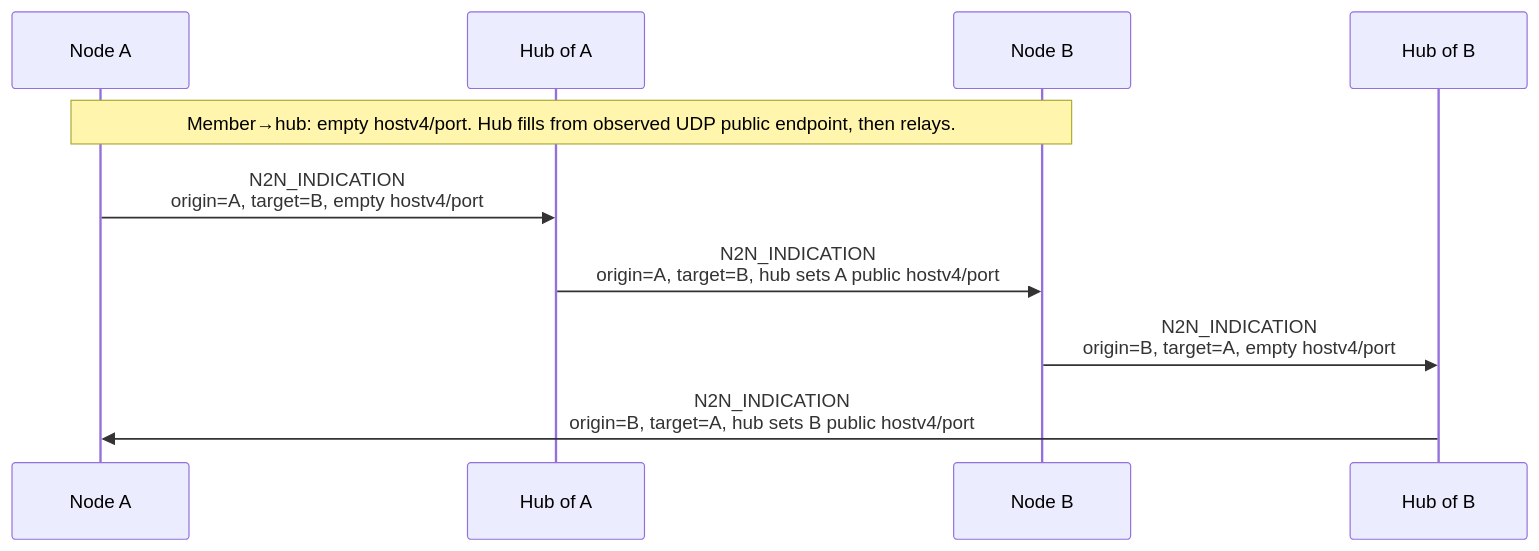
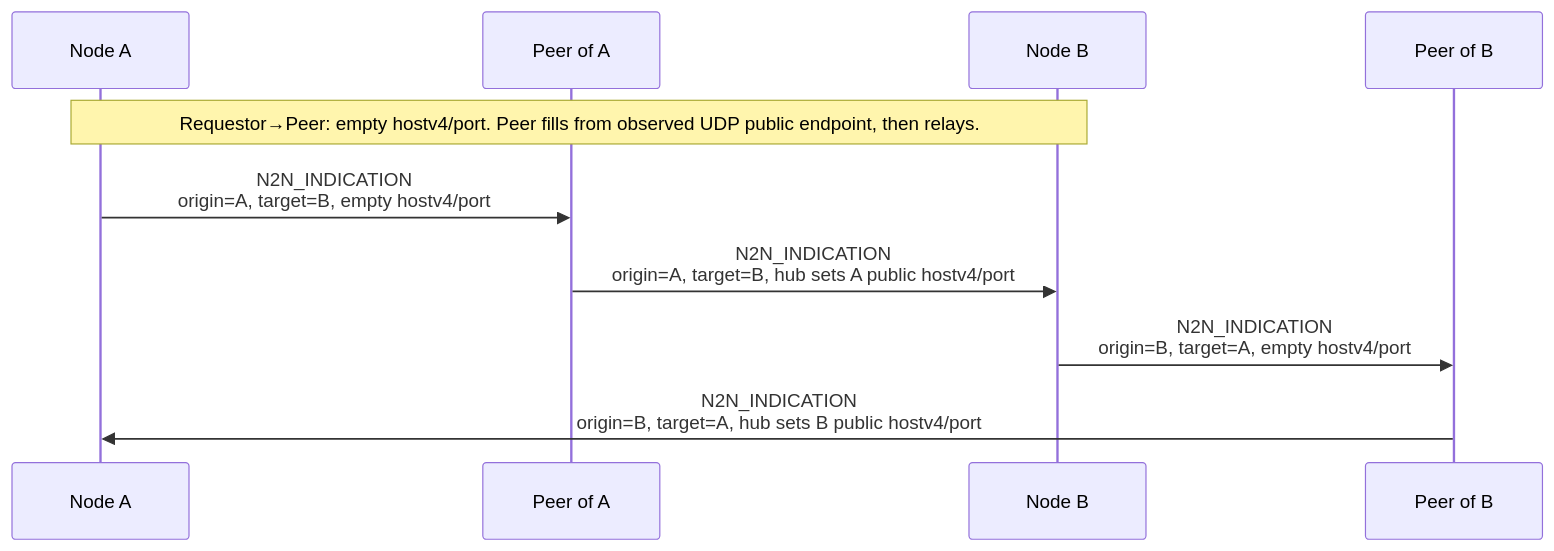
One commit to therooftopprinz/bfc-tunnel changed the fourth of 4 diagrams in docs/protocol.md. Above: the diagram before and after it, drawn with Mermaid. The commit also changed other lines of this file and 19 other files, not shown here.

Commit message:
- implem node: port & peer basic

````diff
--- a/docs/protocol.md
+++ b/docs/protocol.md
@@ -425,14 +393,14 @@
 ```mermaid
 sequenceDiagram
     participant A as Node A
-    participant HA as Hub of A
+    participant HA as Peer of A
     participant B as Node B
-    participant HB as Hub of B
+    participant HB as Peer of B
 
-    Note over A,B: Member→hub: empty hostv4/port. Hub fills from observed UDP public endpoint, then relays.
+    Note over A,B: Requestor→Peer: empty hostv4/port. Peer fills from observed UDP public endpoint, then relays.
 
     A->>HA: N2N_INDICATION<br/>origin=A, target=B, empty hostv4/port
     HA->>B: N2N_INDICATION<br/>origin=A, target=B, hub sets A public hostv4/port
     B->>HB: N2N_INDICATION<br/>origin=B, target=A, empty hostv4/port
     HB->>A: N2N_INDICATION<br/>origin=B, target=A, hub sets B public hostv4/port
 ```
````
